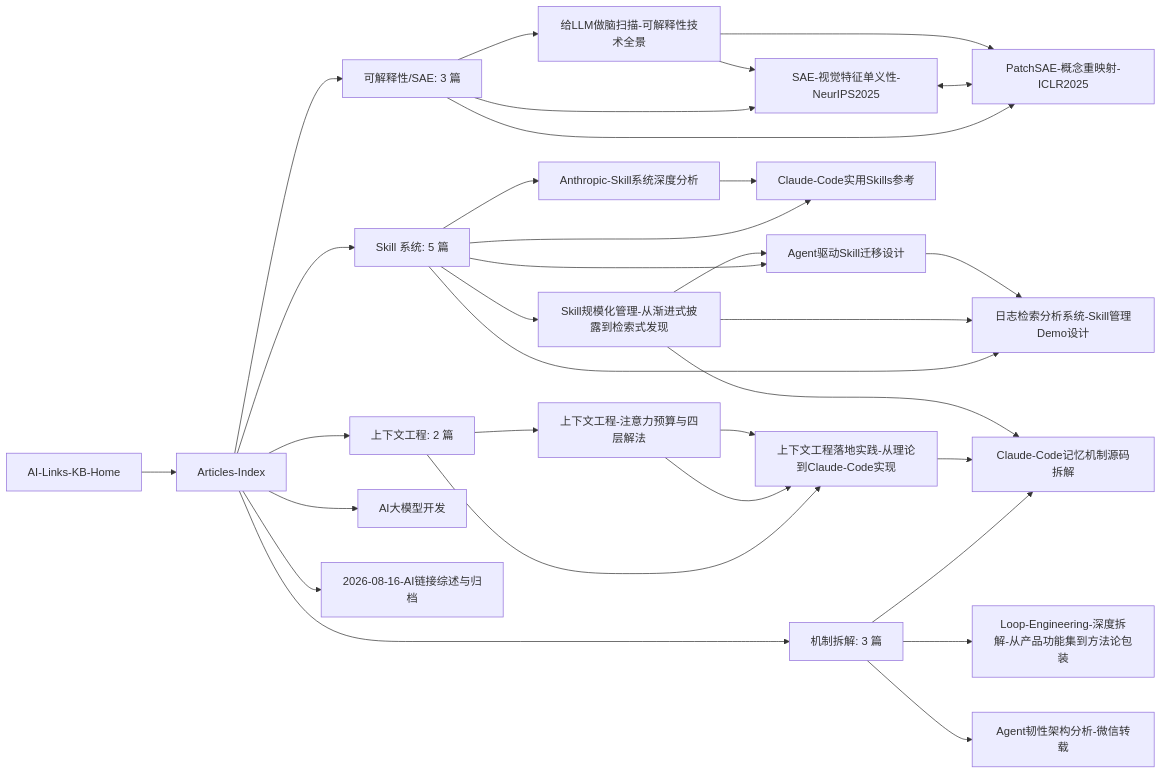
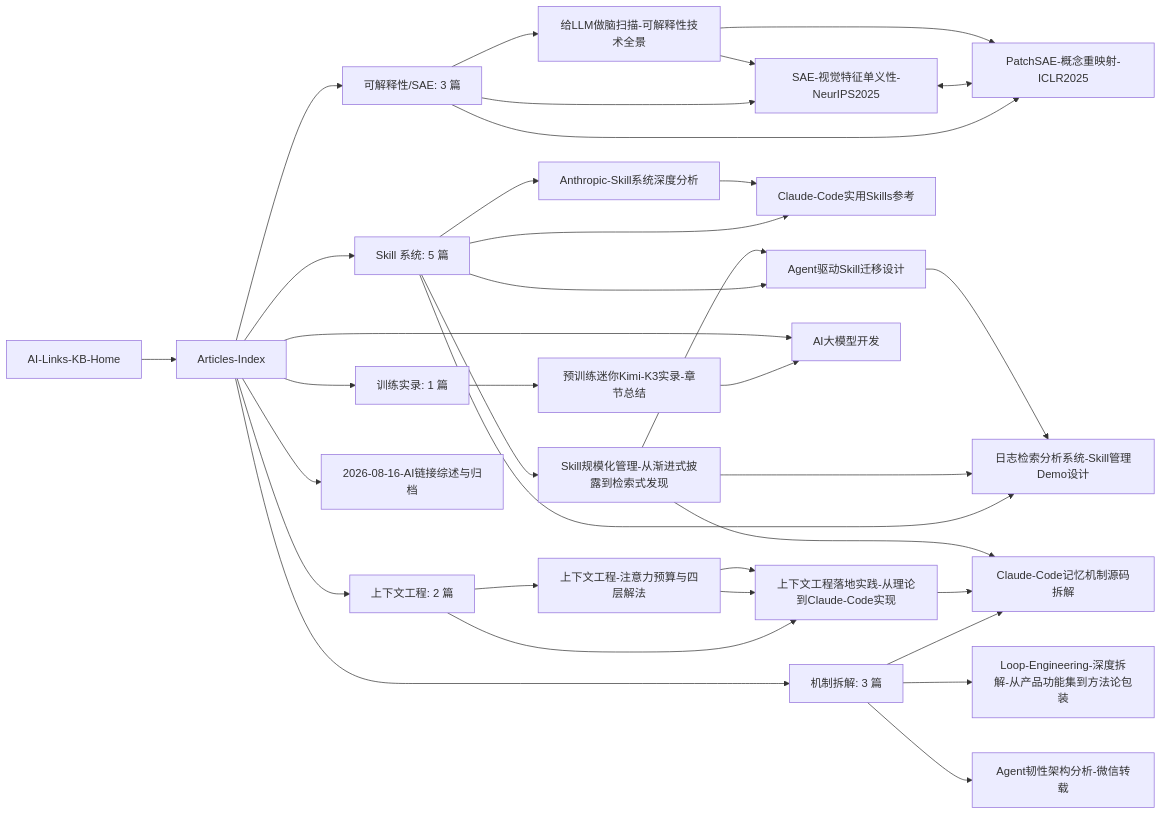
One commit to L-ingqin12/agent-knowledge-base changed the diagram in ai-links/articles/Articles-Index.md. Above: the diagram before and after it, drawn with Mermaid. The commit also changed other lines of this file and 161 other files, not shown here.

````diff
--- a/ai-links/articles/Articles-Index.md
+++ b/ai-links/articles/Articles-Index.md
@@ -67,39 +75,43 @@
 ```mermaid
 graph LR
   HOME[AI-Links-KB-Home] --> IDX[Articles-Index]
   IDX --> INTERP[可解释性/SAE: 3 篇]
   IDX --> CTX[上下文工程: 2 篇]
   IDX --> SKILL[Skill 系统: 5 篇]
   IDX --> MECH[机制拆解: 3 篇]
+  IDX --> TRAIN[训练实录: 1 篇]
 
   INTERP --> SCAN[给LLM做脑扫描-可解释性技术全景]
   INTERP --> SAE[SAE-视觉特征单义性-NeurIPS2025]
   INTERP --> PATCH[PatchSAE-概念重映射-ICLR2025]
   SAE <--> PATCH
   SCAN --> SAE
   SCAN --> PATCH
 
   CTX --> THEORY[上下文工程-注意力预算与四层解法]
   CTX --> PRACTICE[上下文工程落地实践-从理论到Claude-Code实现]
   THEORY --> PRACTICE
 
   SKILL --> REF[Claude-Code实用Skills参考]
   SKILL --> SCALE[Skill规模化管理-从渐进式披露到检索式发现]
   SKILL --> MIG[Agent驱动Skill迁移设计]
   SKILL --> DEMO[日志检索分析系统-Skill管理Demo设计]
   SKILL --> ANTHRO[Anthropic-Skill系统深度分析]
   SCALE --> MIG
   SCALE --> DEMO
   MIG --> DEMO
   ANTHRO --> REF
 
   MECH --> MEM[Claude-Code记忆机制源码拆解]
   MECH --> LOOP[Loop-Engineering-深度拆解-从产品功能集到方法论包装]
   MECH --> RESIL[Agent韧性架构分析-微信转载]
 
+  TRAIN --> K3[预训练迷你Kimi-K3实录-章节总结]
+  K3 --> AI[AI大模型开发]
+
   PRACTICE --> MEM
   SCALE --> MEM
   THEORY --> PRACTICE
   IDX --> AI[AI大模型开发]
   IDX --> REV[2026-08-16-AI链接综述与归档]
 ```
````
